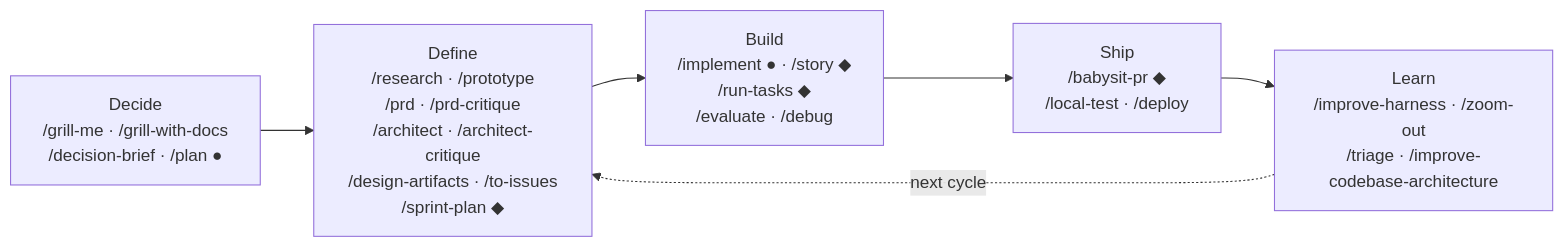
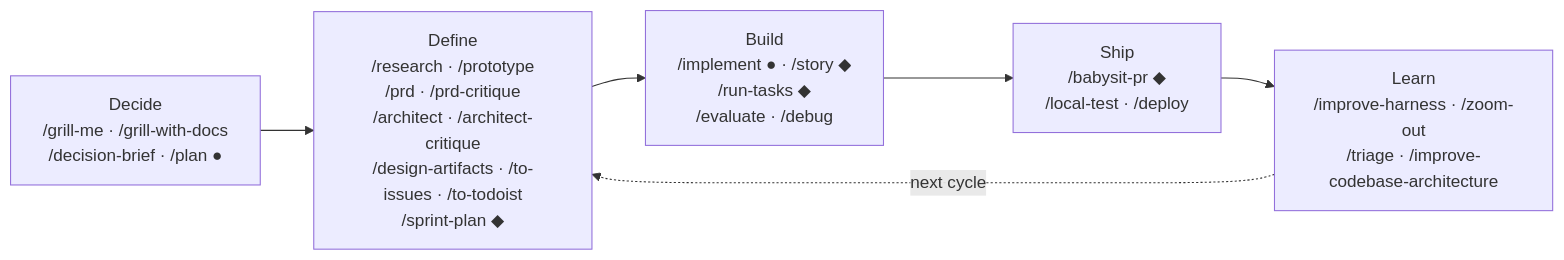
One commit to anudeeps28/claude-code-harness changed the first of 3 diagrams in README.md. Above: the diagram before and after it, drawn with Mermaid. The commit also changed other lines of this file and 2 other files, not shown here.

First line of the commit message:
feat: add /to-todoist skill for Todoist task decomposition

````diff
--- a/README.md
+++ b/README.md
@@ -71,11 +71,11 @@
 ```mermaid
 flowchart LR
     P0["Decide<br/>/grill-me · /grill-with-docs<br/>/decision-brief · /plan ●"]
-    P1["Define<br/>/research · /prototype<br/>/prd · /prd-critique<br/>/architect · /architect-critique<br/>/design-artifacts · /to-issues<br/>/sprint-plan ◆"]
+    P1["Define<br/>/research · /prototype<br/>/prd · /prd-critique<br/>/architect · /architect-critique<br/>/design-artifacts · /to-issues · /to-todoist<br/>/sprint-plan ◆"]
     P2["Build<br/>/implement ● · /story ◆<br/>/run-tasks ◆<br/>/evaluate · /debug"]
     P3["Ship<br/>/babysit-pr ◆<br/>/local-test · /deploy"]
     P4["Learn<br/>/improve-harness · /zoom-out<br/>/triage · /improve-codebase-architecture"]
 
     P0 --> P1 --> P2 --> P3 --> P4
     P4 -.->|"next cycle"| P1
 ```
````
